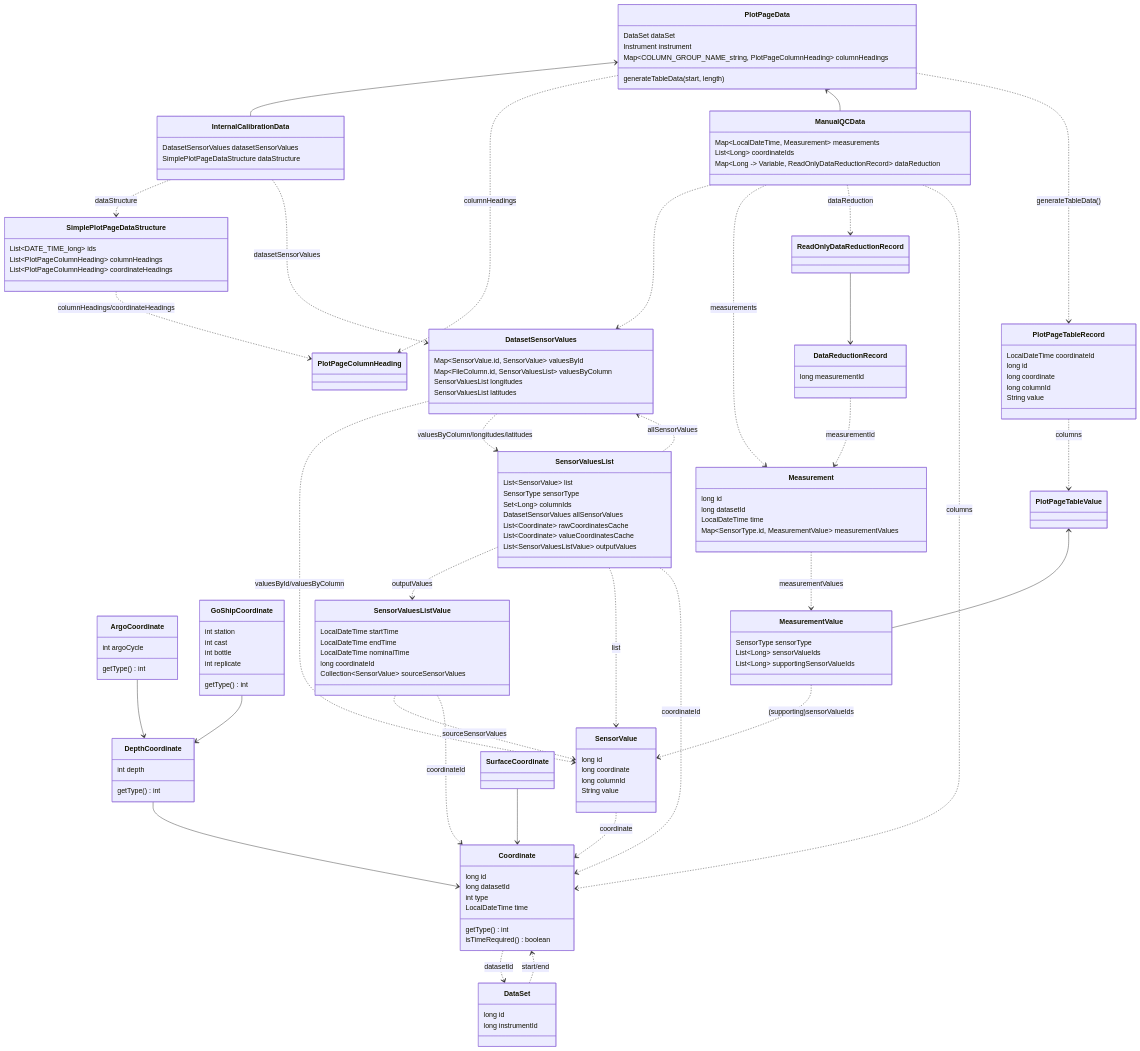
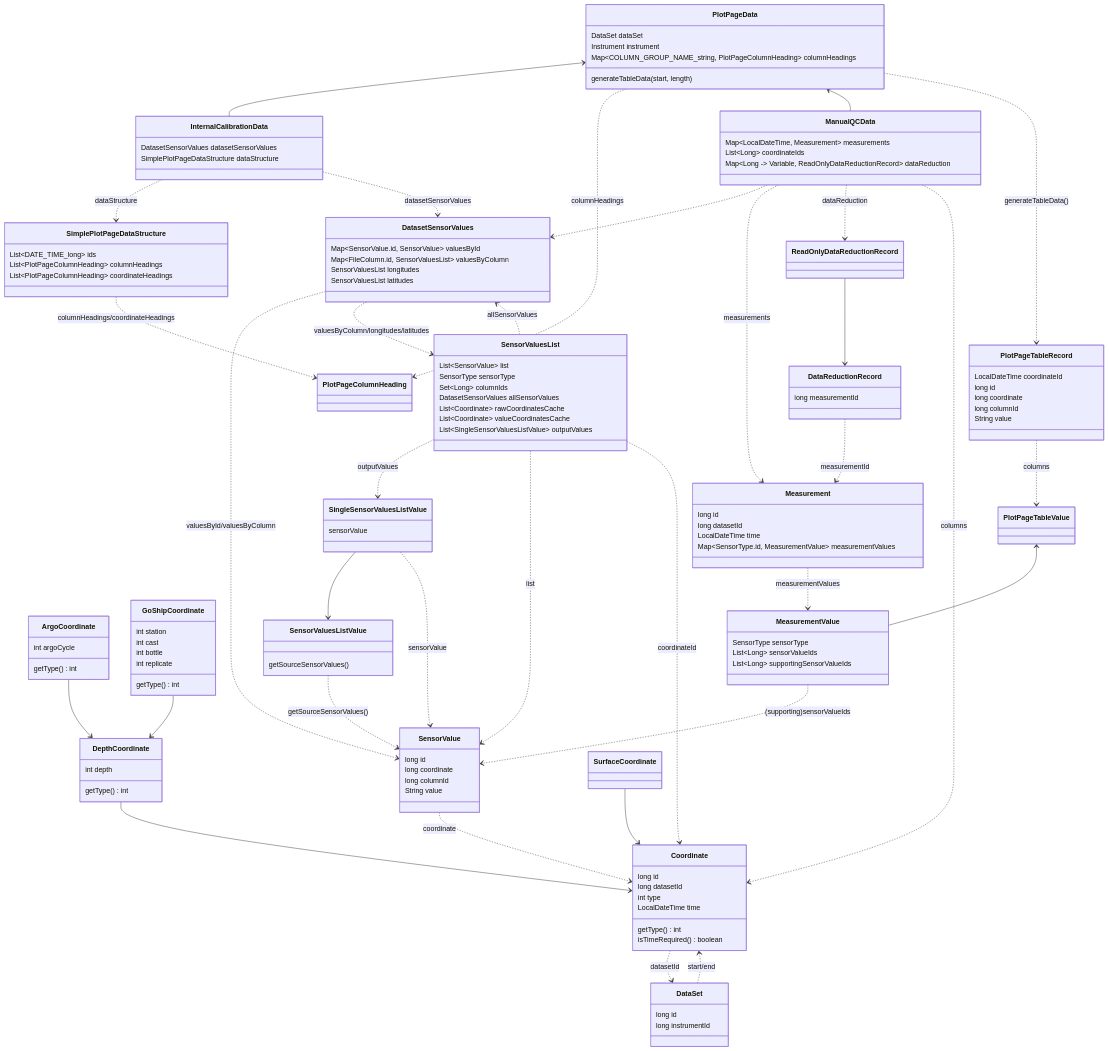
Before and after one commit to squaregoldfish/QuinCe: the diagram in Documentation/Design/JavaClasses/DatasetData_with_coordinate.mermaid, drawn with Mermaid. The commit also changed 12 other files, not shown here.

```diff
--- a/Documentation/Design/JavaClasses/DatasetData_with_coordinate.mermaid
+++ b/Documentation/Design/JavaClasses/DatasetData_with_coordinate.mermaid
@@ -1,161 +1,162 @@
 classDiagram
     class ArgoCoordinate {
         int argoCycle
         getType() int
     }
 
     class Coordinate {
         long id
         long datasetId
         int type
         LocalDateTime time
         getType() int
         isTimeRequired() boolean
     }
 
     class DataSet {
         long id
         long instrumentId
     }
     
     class DepthCoordinate {
         int depth
         getType() int
     }
 
     class DataReductionRecord {
         long measurementId
     }
 
     class DatasetSensorValues {
         Map~SensorValue.id, SensorValue~ valuesById
         Map~FileColumn.id, SensorValuesList~ valuesByColumn
         SensorValuesList longitudes
         SensorValuesList latitudes
     }
 
     class GoShipCoordinate {
         int station
         int cast
         int bottle
         int replicate
         getType() int
     }
 
     class InternalCalibrationData {
         DatasetSensorValues datasetSensorValues
         SimplePlotPageDataStructure dataStructure
     }
     
     class ManualQCData {
         Map~LocalDateTime, Measurement~ measurements
         List~Long~ coordinateIds
         Map~Long -> Variable, ReadOnlyDataReductionRecord~ dataReduction
     }
 
     class Measurement {
         long id
         long datasetId
         LocalDateTime time
         Map~SensorType.id, MeasurementValue~ measurementValues
     }
 
     class MeasurementValue {
         SensorType sensorType
         List~Long~ sensorValueIds
         List~Long~ supportingSensorValueIds
     }
 
     class PlotPageData {
         DataSet dataSet
         Instrument instrument
         Map~COLUMN_GROUP_NAME_string, PlotPageColumnHeading~ columnHeadings
         generateTableData(start, length)
     }
 
     class PlotPageTableRecord {
         LocalDateTime coordinateId
         long id
         long coordinate
         long columnId
         String value
     }
 
     class SensorValue {
         long id
         long coordinate
         long columnId
         String value
     }
 
     class SensorValuesList {
         List~SensorValue~ list
         SensorType sensorType
         Set~Long~ columnIds
         DatasetSensorValues allSensorValues
         List~Coordinate~ rawCoordinatesCache
         List~Coordinate~ valueCoordinatesCache
-        List~SensorValuesListValue~ outputValues
+        List~SingleSensorValuesListValue~ outputValues
     }
 
     class SensorValuesListValue {
-        LocalDateTime startTime
-        LocalDateTime endTime
-        LocalDateTime nominalTime
-        long coordinateId
-        Collection~SensorValue~ sourceSensorValues
+        getSourceSensorValues()
+    }
+
+    class SingleSensorValuesListValue {
+        sensorValue
     }
 
     class SimplePlotPageDataStructure {
         List~DATE_TIME_long~ ids
         List~PlotPageColumnHeading~ columnHeadings
         List~PlotPageColumnHeading~ coordinateHeadings
     }
 
 
 PlotPageData <-- InternalCalibrationData
 InternalCalibrationData ..> SimplePlotPageDataStructure : dataStructure
 InternalCalibrationData ..> DatasetSensorValues : datasetSensorValues
 SimplePlotPageDataStructure ..> PlotPageColumnHeading : columnHeadings/coordinateHeadings
 PlotPageData ..> PlotPageColumnHeading : columnHeadings
 PlotPageData <-- ManualQCData
 ManualQCData ..> DatasetSensorValues
 
 DatasetSensorValues ..> SensorValue : valuesById/valuesByColumn
 DatasetSensorValues ..> SensorValuesList : valuesByColumn/longitudes/latitudes
 SensorValuesList ..> DatasetSensorValues : allSensorValues
 
-SensorValuesList ..> SensorValuesListValue : outputValues
-SensorValuesListValue ..> SensorValue : sourceSensorValues
+SingleSensorValuesListValue --> SensorValuesListValue
+SingleSensorValuesListValue ..> SensorValue : sensorValue
+
+SensorValuesList ..> SingleSensorValuesListValue : outputValues
+SensorValuesListValue ..> SensorValue : getSourceSensorValues()
 SensorValuesList ..> SensorValue : list
 
 SensorValue ..> Coordinate : coordinate
 
 ManualQCData ..> Measurement : measurements
 ManualQCData ..> ReadOnlyDataReductionRecord : dataReduction
 ReadOnlyDataReductionRecord --> DataReductionRecord
 DataReductionRecord ..> Measurement : measurementId
 
 Measurement ..> MeasurementValue : measurementValues
 
 PlotPageData ..> PlotPageTableRecord : generateTableData()
 PlotPageTableRecord ..> PlotPageTableValue : columns
 PlotPageTableValue <-- MeasurementValue
 MeasurementValue ..> SensorValue : (supporting)sensorValueIds
 
 
-SensorValuesListValue ..> Coordinate : coordinateId
-
 ManualQCData ..> Coordinate : columns
 SensorValuesList ..> Coordinate : coordinateId
 
 ArgoCoordinate --> DepthCoordinate
 GoShipCoordinate --> DepthCoordinate
 DepthCoordinate --> Coordinate
 SurfaceCoordinate --> Coordinate
 
 Coordinate ..> DataSet : datasetId
 DataSet ..> Coordinate : start/end
 
 %% note for SensorValuesListValue "Times for surface coordinates. Coordinate for others. Not sure how this will work yet"
 %% note for Coordinate "Type solidly linked to class, but a getType method with psf constants is probably best"
```
